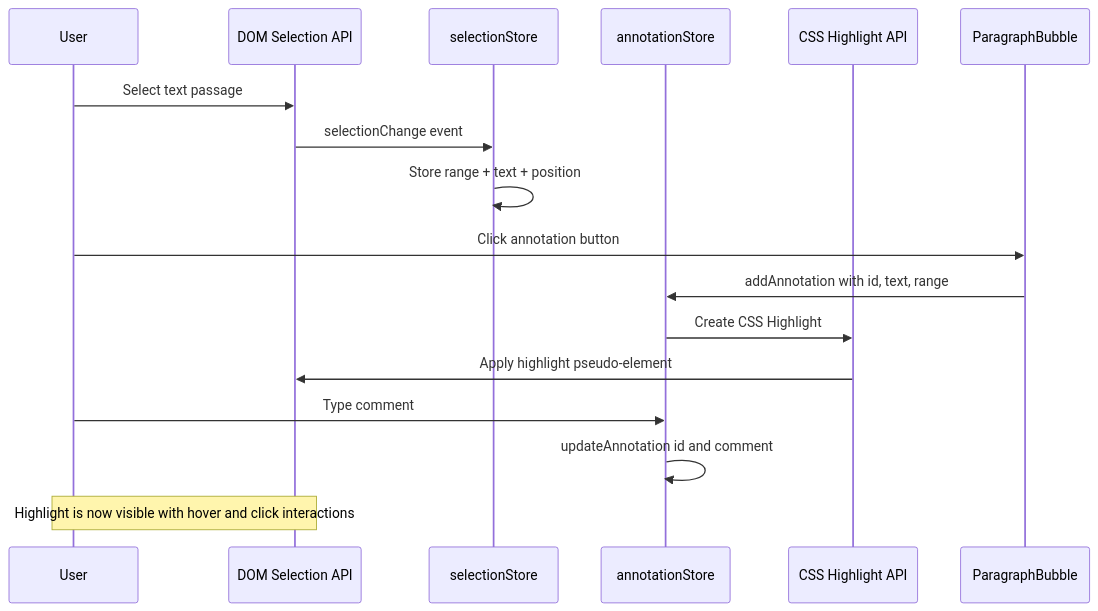
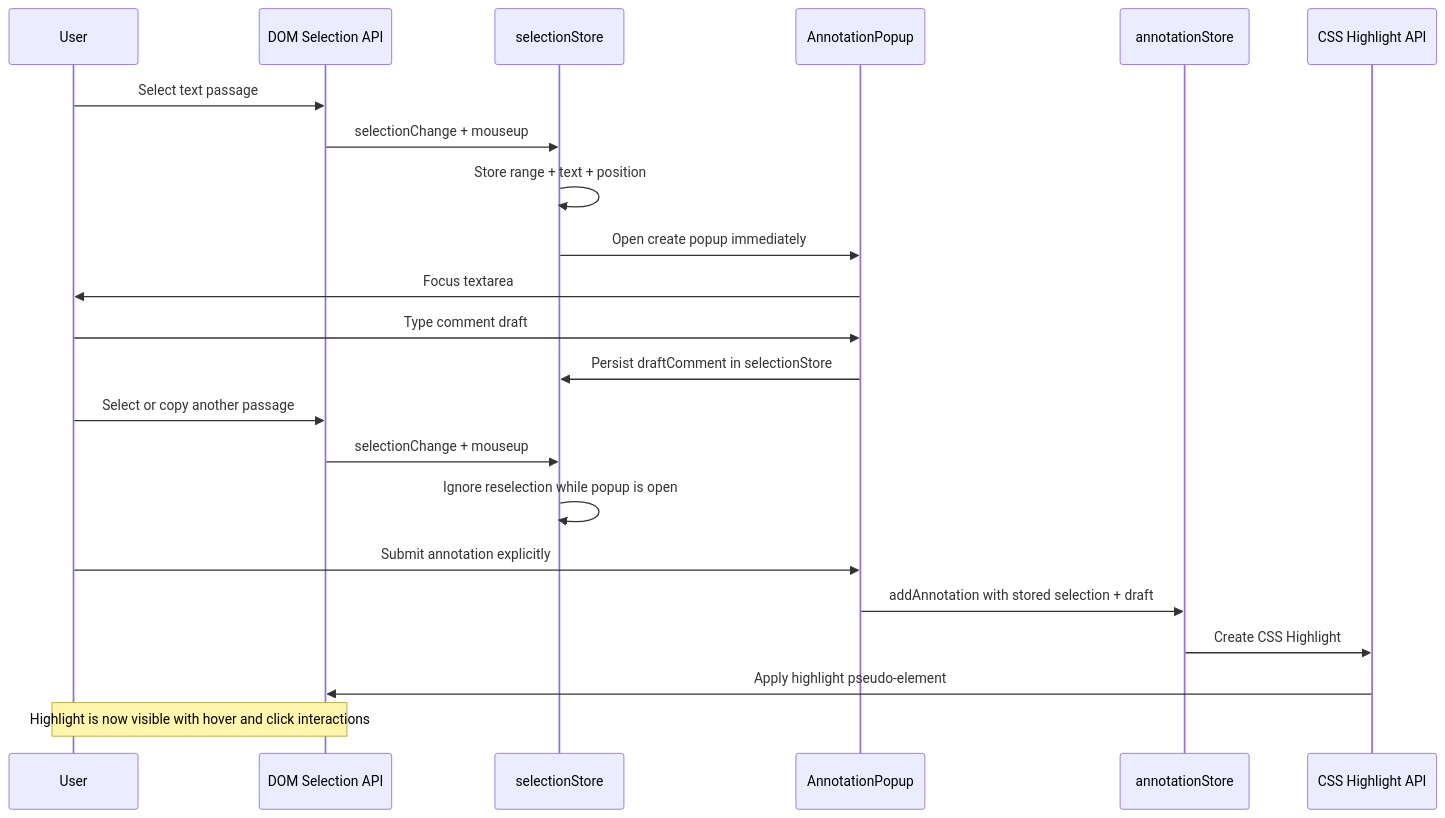
Before and after one commit to BobDLA/cliv: diagram 12 of 22 in docs/demo/demo.md, drawn with Mermaid. The commit also changed other lines of this file and 55 other files, not shown here.

First line of the commit message:
feat: streamline annotation flow and launch target handling

````diff
--- a/docs/demo/demo.md
+++ b/docs/demo/demo.md
@@ -681,23 +682,29 @@
 ```mermaid
 sequenceDiagram
     participant User
     participant DOM as DOM Selection API
     participant SEL as selectionStore
+    participant POP as AnnotationPopup
     participant ANN as annotationStore
     participant HL as CSS Highlight API
-    participant BUBBLE as ParagraphBubble
 
     User->>DOM: Select text passage
-    DOM->>SEL: selectionChange event
+    DOM->>SEL: selectionChange + mouseup
     SEL->>SEL: Store range + text + position
+    SEL->>POP: Open create popup immediately
+    POP->>User: Focus textarea
 
-    User->>BUBBLE: Click annotation button
-    BUBBLE->>ANN: addAnnotation with id, text, range
+    User->>POP: Type comment draft
+    POP->>SEL: Persist draftComment in selectionStore
+
+    User->>DOM: Select or copy another passage
+    DOM->>SEL: selectionChange + mouseup
+    SEL->>SEL: Ignore reselection while popup is open
+
+    User->>POP: Submit annotation explicitly
+    POP->>ANN: addAnnotation with stored selection + draft
     ANN->>HL: Create CSS Highlight
     HL->>DOM: Apply highlight pseudo-element
 
-    User->>ANN: Type comment
-    ANN->>ANN: updateAnnotation id and comment
-
     Note over User,DOM: Highlight is now visible with hover and click interactions
 ```
````
